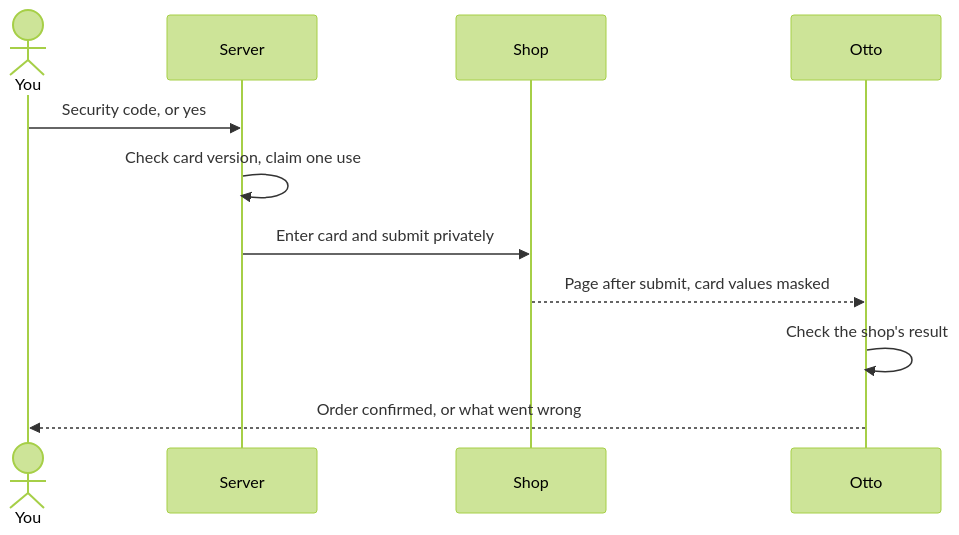
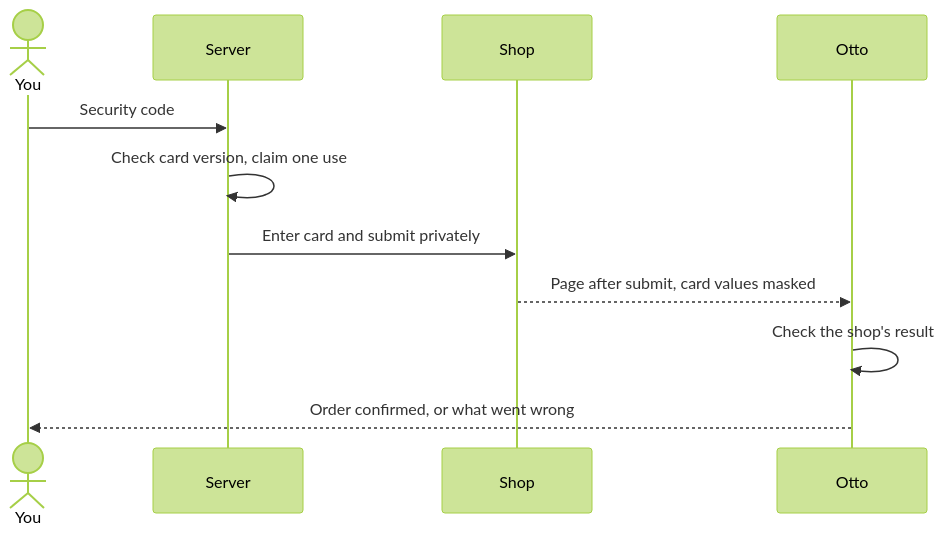
The diagram in docs/src/content/docs/trust/payments.mdx (KrishBhimani/nod), drawn with Mermaid (forest theme) before and after one commit. The commit also changed other lines of this file and 32 other files, not shown here.

````diff
--- a/docs/src/content/docs/trust/payments.mdx
+++ b/docs/src/content/docs/trust/payments.mdx
@@ -56,13 +51,13 @@
 ```mermaid
 sequenceDiagram
   actor You
   participant Server
   participant Shop
   participant Otto
-  You->>Server: Security code, or yes
+  You->>Server: Security code
   Server->>Server: Check card version, claim one use
   Server->>Shop: Enter card and submit privately
   Shop-->>Otto: Page after submit, card values masked
   Otto->>Otto: Check the shop's result
   Otto-->>You: Order confirmed, or what went wrong
 ```
````
